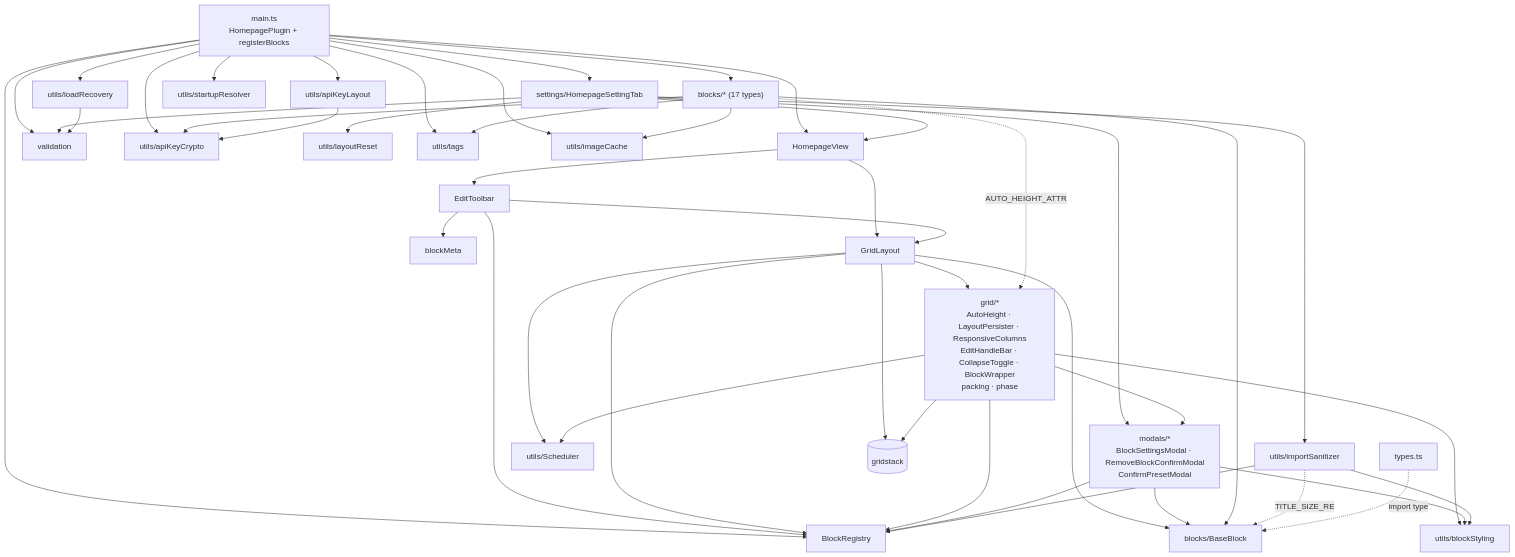
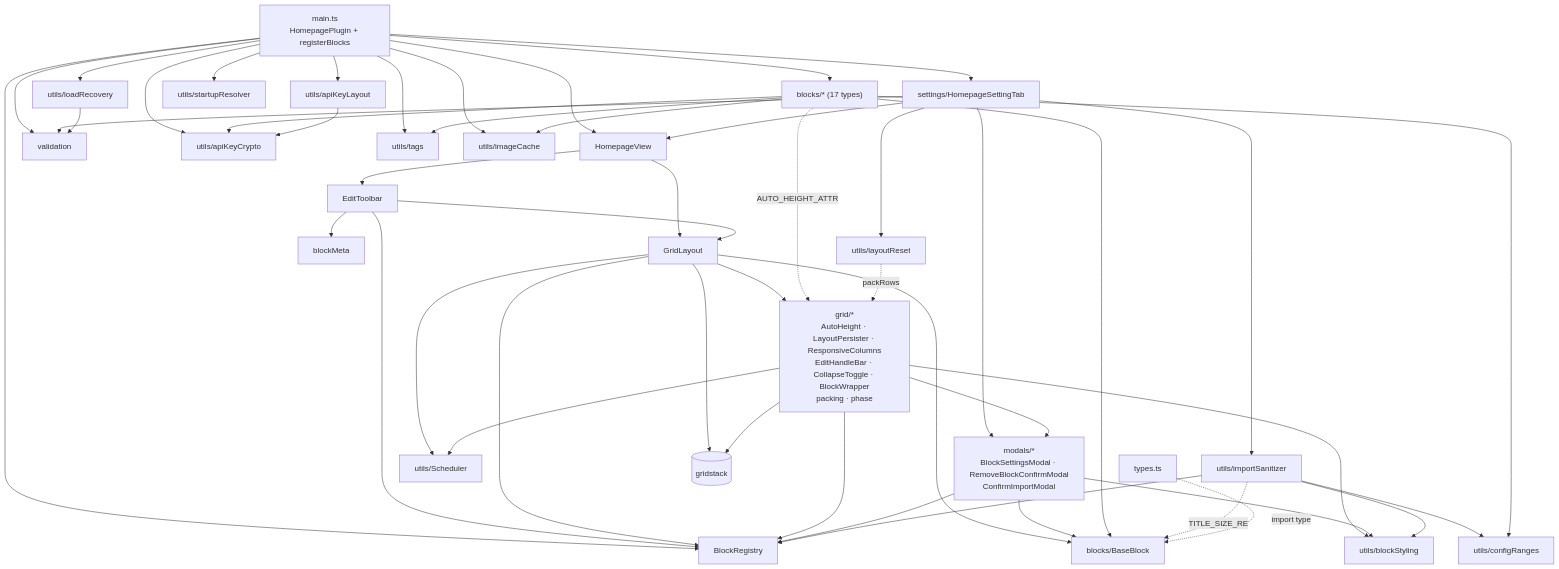
The first of 3 diagrams in docs/architecture.md (acaprino/obsidian-plugin-homepage), drawn with Mermaid before and after one commit. The commit also changed other lines of this file and 10 other files, not shown here.

Commit message:
docs: developer docs follow the X-ray fixes (sync reload, import, reset, voice, grid)

````diff
--- a/docs/architecture.md
+++ b/docs/architecture.md
@@ -162,78 +167,82 @@
 ```mermaid
 flowchart TD
   main["main.ts<br/>HomepagePlugin + registerBlocks"]
   settings["settings/HomepageSettingTab"]
   view["HomepageView"]
   toolbar["EditToolbar"]
   grid["GridLayout"]
   gridmods["grid/*<br/>AutoHeight · LayoutPersister · ResponsiveColumns<br/>EditHandleBar · CollapseToggle · BlockWrapper<br/>packing · phase"]
-  modals["modals/*<br/>BlockSettingsModal · RemoveBlockConfirmModal<br/>ConfirmPresetModal"]
+  modals["modals/*<br/>BlockSettingsModal · RemoveBlockConfirmModal<br/>ConfirmImportModal"]
   registry["BlockRegistry"]
   meta["blockMeta"]
   base["blocks/BaseBlock"]
   blocks["blocks/* (17 types)"]
   validation["validation"]
   loadrec["utils/loadRecovery"]
   keylayout["utils/apiKeyLayout"]
   crypto["utils/apiKeyCrypto"]
   startup["utils/startupResolver"]
   reset["utils/layoutReset"]
   sanitizer["utils/importSanitizer"]
+  ranges["utils/configRanges"]
   styling["utils/blockStyling"]
   tags["utils/tags"]
   imgcache["utils/imageCache"]
   sched["utils/Scheduler"]
   types["types.ts"]
   gs[("gridstack")]
 
   main --> view
   main --> settings
   main --> registry
   main --> blocks
   main --> validation
   main --> loadrec
   main --> keylayout
   main --> crypto
   main --> startup
   main --> tags
   main --> imgcache
 
   settings --> view
   settings --> validation
   settings --> reset
   settings --> sanitizer
   settings --> modals
 
   view --> grid
   view --> toolbar
   toolbar --> grid
   toolbar --> registry
   toolbar --> meta
 
   grid --> gridmods
   grid --> registry
   grid --> base
   grid --> sched
   grid --> gs
   gridmods --> modals
   gridmods --> registry
   gridmods --> styling
   gridmods --> sched
   gridmods --> gs
   modals --> registry
   modals --> base
   modals --> styling
 
   blocks --> base
   blocks --> tags
   blocks --> imgcache
   blocks --> crypto
   blocks -.->|AUTO_HEIGHT_ATTR| gridmods
 
   sanitizer --> registry
+  sanitizer --> ranges
+  blocks --> ranges
+  reset -.->|packRows| gridmods
   sanitizer --> styling
   sanitizer -.->|TITLE_SIZE_RE| base
   keylayout --> crypto
   loadrec --> validation
   types -.->|import type| base
 ```
````
